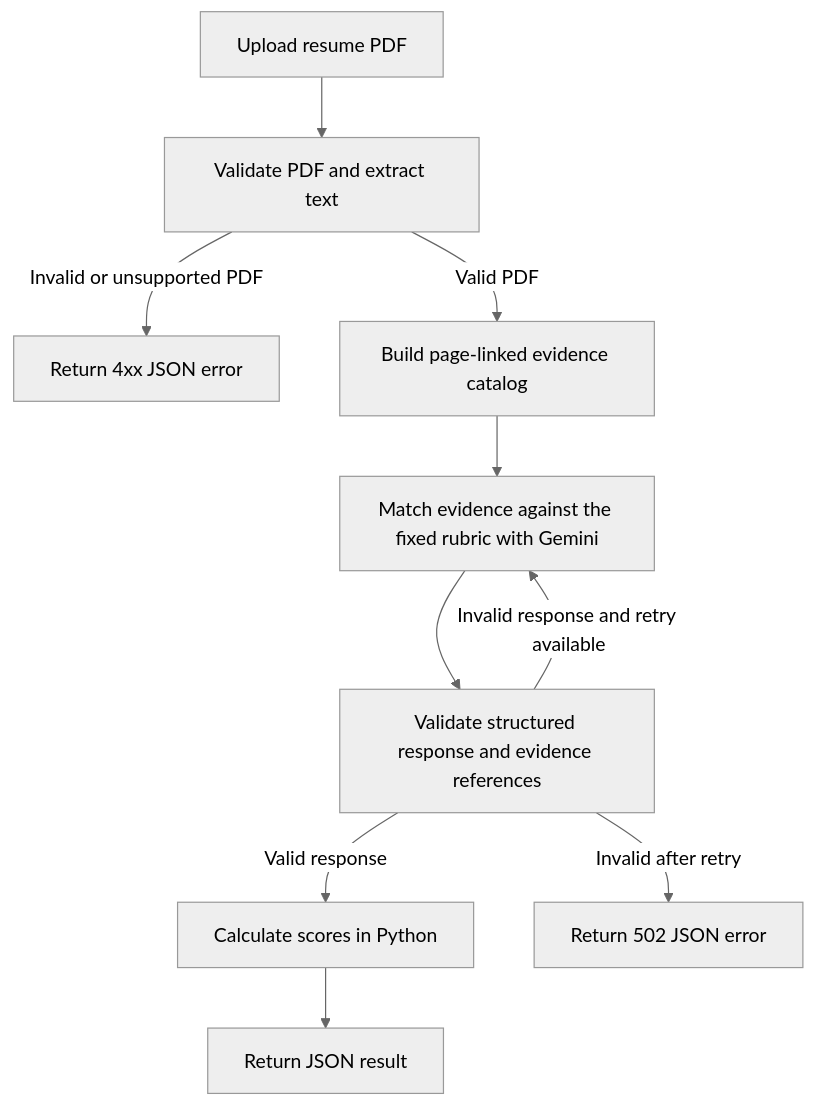
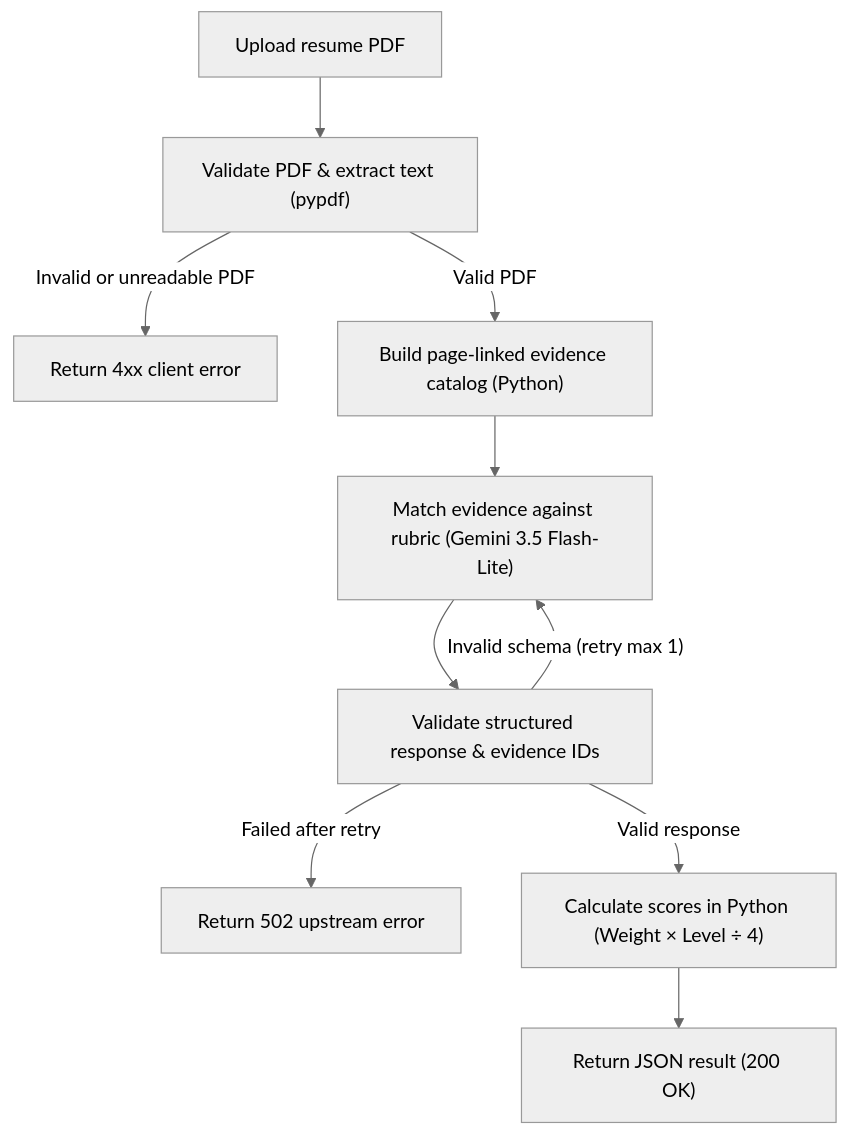
One commit to nkieu-config/resume-matching-api changed the diagram in README.md. Above: the diagram before and after it, drawn with Mermaid (neutral theme).

Commit message:
docs: refine architecture flowchart in README

````diff
--- a/README.md
+++ b/README.md
@@ -9,12 +9,12 @@
 ```mermaid
 flowchart TD
-    A["Upload resume PDF"] --> B["Validate PDF and extract text"]
-    B -->|"Invalid or unsupported PDF"| X["Return 4xx JSON error"]
-    B -->|"Valid PDF"| C["Build page-linked evidence catalog"]
-    C --> D["Match evidence against the fixed rubric with Gemini"]
-    D --> E["Validate structured response and evidence references"]
-    E -->|"Invalid response and retry available"| D
-    E -->|"Valid response"| F["Calculate scores in Python"]
-    F --> G["Return JSON result"]
-    E -->|"Invalid after retry"| Y["Return 502 JSON error"]
+    A["Upload resume PDF"] --> B["Validate PDF & extract text (pypdf)"]
+    B -->|"Invalid or unreadable PDF"| X["Return 4xx client error"]
+    B -->|"Valid PDF"| C["Build page-linked evidence catalog (Python)"]
+    C --> D["Match evidence against rubric (Gemini 3.5 Flash-Lite)"]
+    D --> E["Validate structured response & evidence IDs"]
+    E -->|"Invalid schema (retry max 1)"| D
+    E -->|"Failed after retry"| Y["Return 502 upstream error"]
+    E -->|"Valid response"| F["Calculate scores in Python (Weight × Level ÷ 4)"]
+    F --> G["Return JSON result (200 OK)"]
 ```
````
